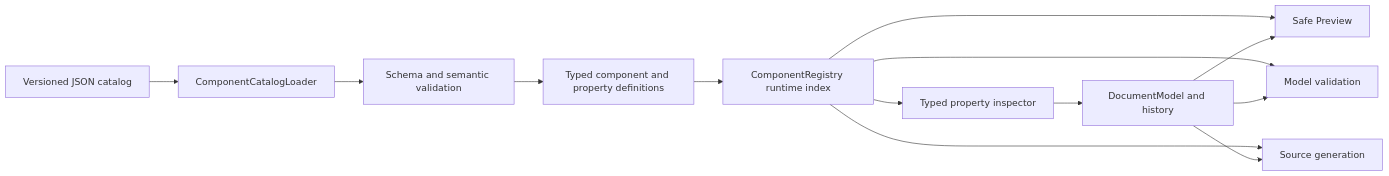
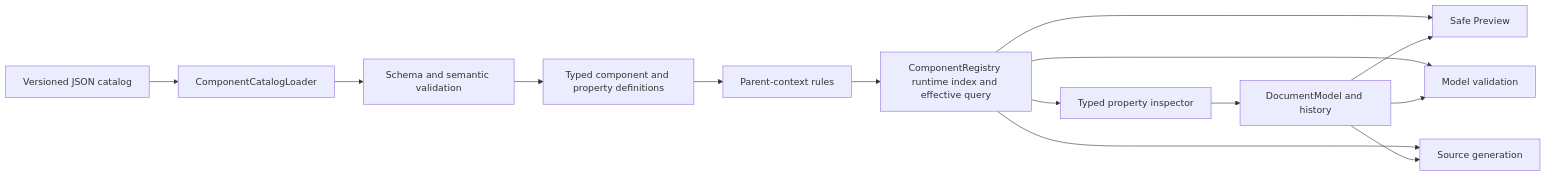
The diagram in PHASE6_IMPLEMENTATION_PLAN.md (NOBUTOKA/yamada), drawn with Mermaid before and after one commit. The commit also changed other lines of this file and 1 other file, not shown here.

Commit message:
Plan parent-dependent property rules

````diff
--- a/PHASE6_IMPLEMENTATION_PLAN.md
+++ b/PHASE6_IMPLEMENTATION_PLAN.md
@@ -51,15 +51,16 @@
 ```mermaid
 flowchart LR
     JSON["Versioned JSON catalog"] --> Loader["ComponentCatalogLoader"]
     Loader --> Validate["Schema and semantic validation"]
     Validate --> Definitions["Typed component and property definitions"]
-    Definitions --> Registry["ComponentRegistry runtime index"]
+    Definitions --> Context["Parent-context rules"]
+    Context --> Registry["ComponentRegistry runtime index and effective query"]
     Registry --> Inspector["Typed property inspector"]
     Registry --> Preview["Safe Preview"]
     Registry --> Validator["Model validation"]
     Registry --> Generator["Source generation"]
     Inspector --> Document["DocumentModel and history"]
     Document --> Preview
     Document --> Validator
     Document --> Generator
 ```
````
